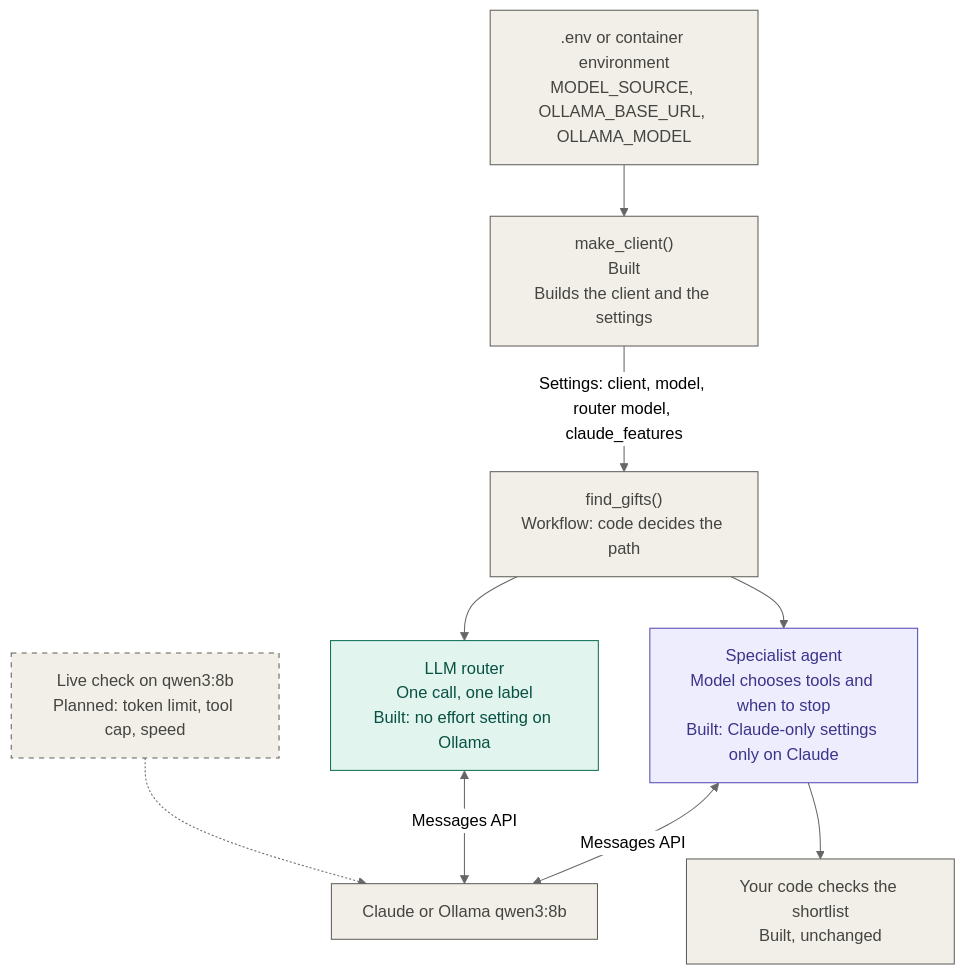
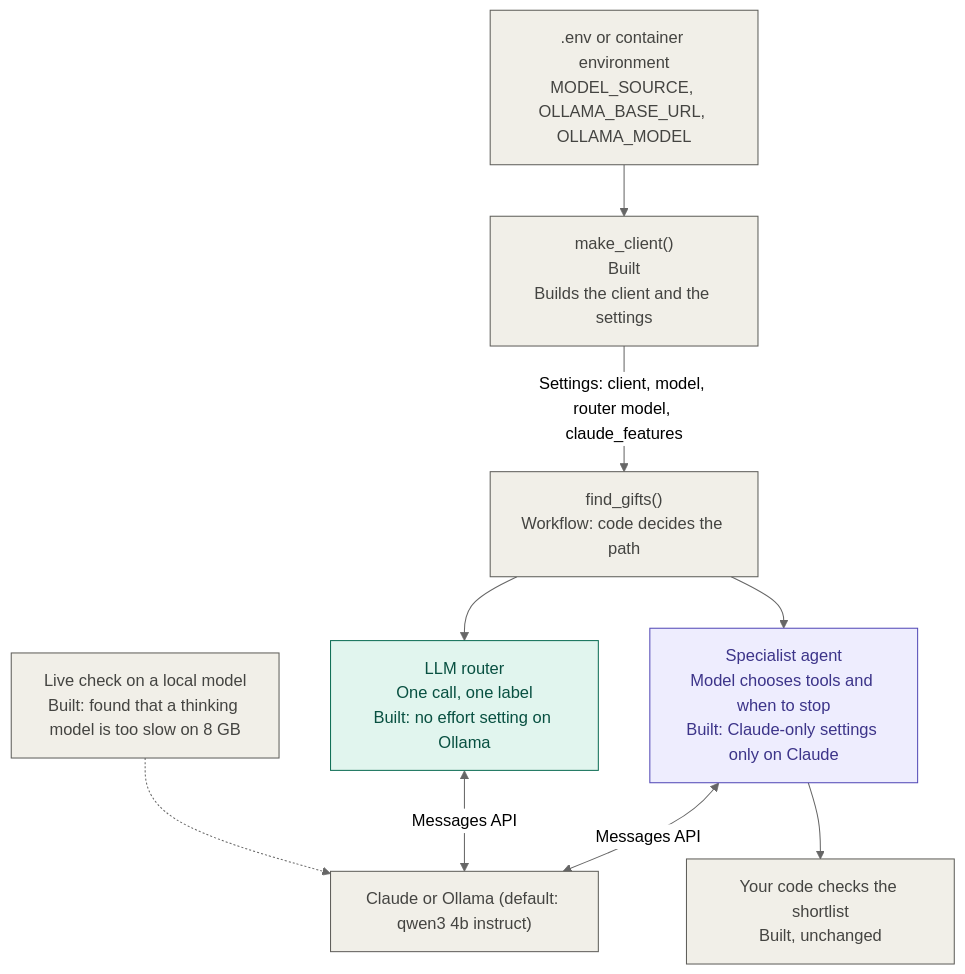
One commit to EZE22/gift-genius changed the second of 2 diagrams in README.md. Above: the diagram before and after it, drawn with Mermaid (neutral theme). The commit also changed other lines of this file, not shown here.

Commit message:
docs: mark the live check as built in the README diagram

````diff
--- a/README.md
+++ b/README.md
@@ -62,19 +62,18 @@
 ```mermaid
 flowchart TD
     E[".env or container environment<br/>MODEL_SOURCE, OLLAMA_BASE_URL, OLLAMA_MODEL"] --> M["make_client()<br/>Built<br/>Builds the client and the settings"]
     M -->|"Settings: client, model, router model, claude_features"| W["find_gifts()<br/>Workflow: code decides the path"]
     W --> R["LLM router<br/>One call, one label<br/>Built: no effort setting on Ollama"]
     W --> A["Specialist agent<br/>Model chooses tools and when to stop<br/>Built: Claude-only settings only on Claude"]
-    A <-->|"Messages API"| MD["Claude or Ollama qwen3:8b"]
+    A <-->|"Messages API"| MD["Claude or Ollama (default: qwen3 4b instruct)"]
     R <-->|"Messages API"| MD
     A --> V["Your code checks the shortlist<br/>Built, unchanged"]
-    L["Live check on qwen3:8b<br/>Planned: token limit, tool cap, speed"] -.-> MD
+    L["Live check on a local model<br/>Built: found that a thinking model is too slow on 8 GB"] -.-> MD
     classDef llm fill:#E1F5EE,stroke:#0F6E56,color:#085041
     classDef agent fill:#EEEDFE,stroke:#534AB7,color:#3C3489
     classDef code fill:#F1EFE8,stroke:#5F5E5A,color:#444441
     classDef planned stroke-dasharray: 5 5
     class R llm
     class A agent
     class E,M,W,MD,V,L code
-    class L planned
 ```
````
